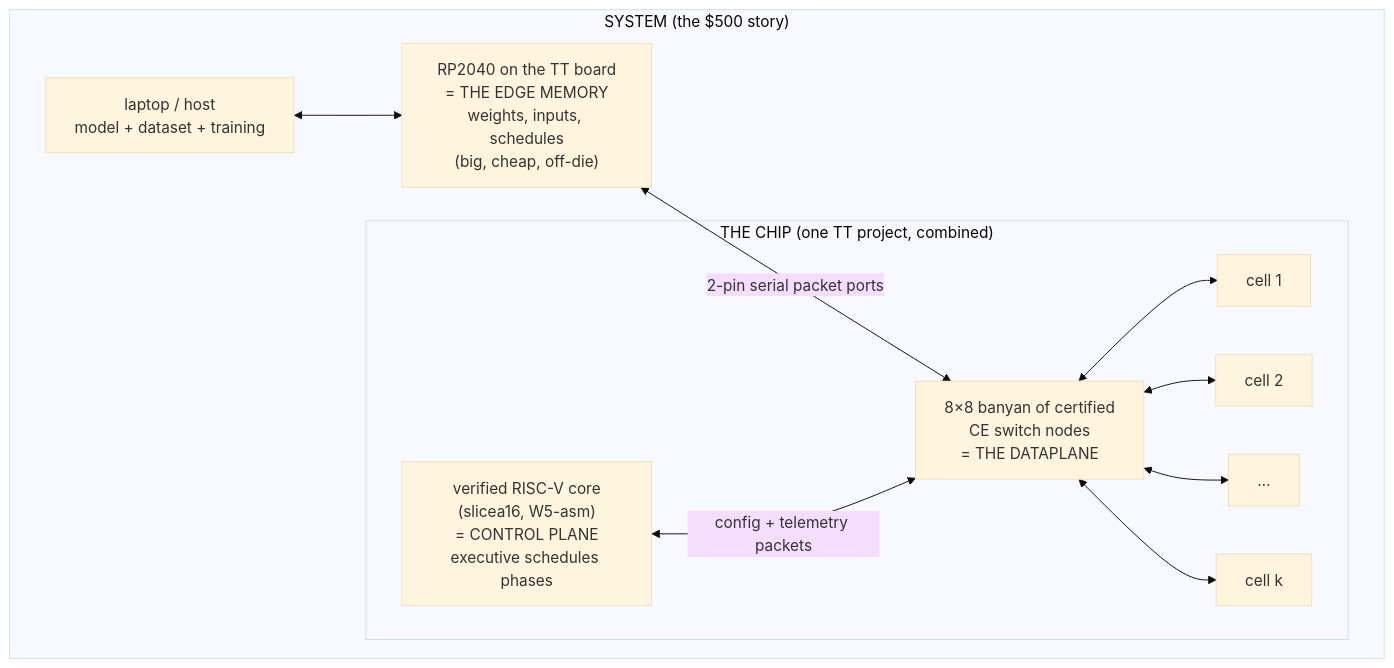
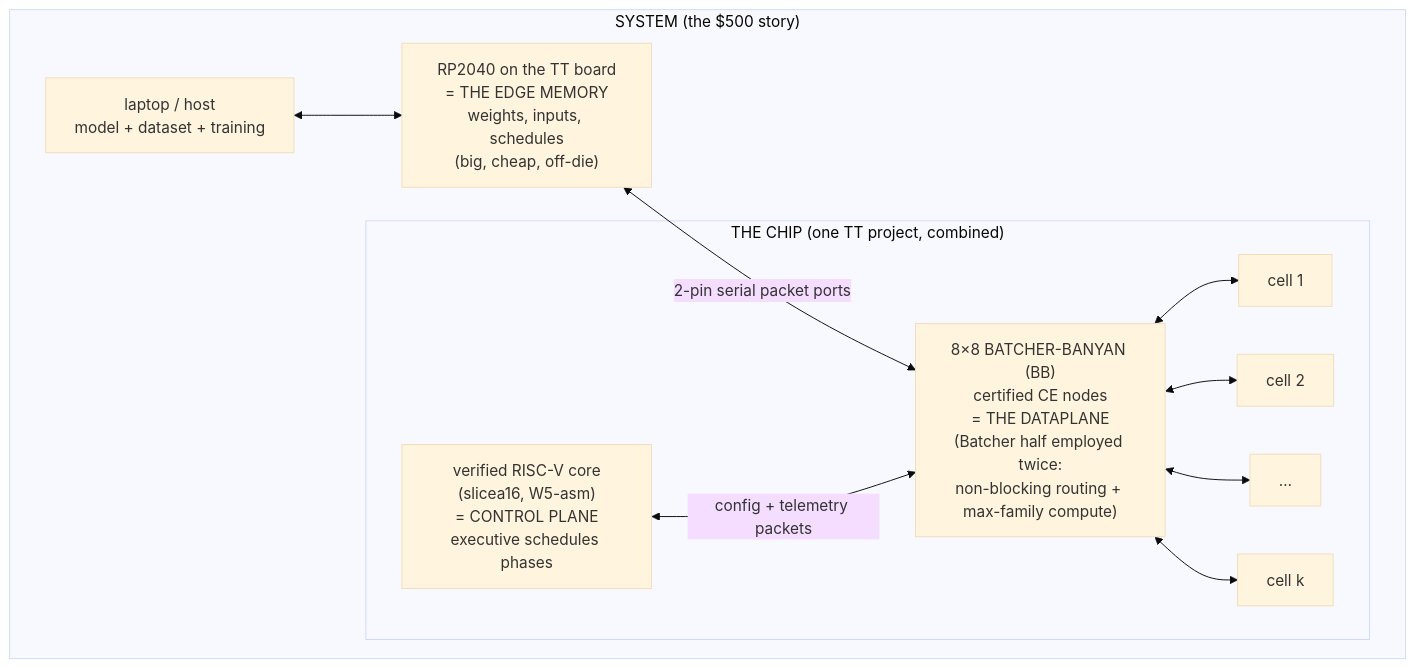
Before and after one commit to jyh/saltworks: the second of 2 diagrams in docs/neural-fabric-poc-design-v1.md, drawn with Mermaid (base theme). The commit also changed other lines of this file, not shown here.

Commit message:
saltworks: PoC package — the fabric named precisely: BB (Batcher-banyan), Batcher half employed twice (non-blocking routing + max-family compute); port budget noted

````diff
--- a/docs/neural-fabric-poc-design-v1.md
+++ b/docs/neural-fabric-poc-design-v1.md
@@ -97,16 +97,16 @@
 ```mermaid
 flowchart TB
   subgraph SYS["SYSTEM (the $500 story)"]
     HOST["laptop / host<br/>model + dataset + training"]
     RP["RP2040 on the TT board<br/>= THE EDGE MEMORY<br/>weights, inputs, schedules<br/>(big, cheap, off-die)"]
     subgraph CHIP["THE CHIP (one TT project, combined)"]
       CPU["verified RISC-V core<br/>(slicea16, W5-asm)<br/>= CONTROL PLANE<br/>executive schedules phases"]
-      FAB["8×8 banyan of certified<br/>CE switch nodes<br/>= THE DATAPLANE"]
+      FAB["8×8 BATCHER-BANYAN (BB)<br/>certified CE nodes<br/>= THE DATAPLANE<br/>(Batcher half employed twice:<br/>non-blocking routing + max-family compute)"]
       C1["cell 1"] & C2["cell 2"] & C3["…"] & C4["cell k"]
     end
     HOST <--> RP
     RP <-->|"2-pin serial packet ports"| FAB
     CPU <-->|"config + telemetry packets"| FAB
     FAB <--> C1 & C2 & C3 & C4
   end
 ```
````
